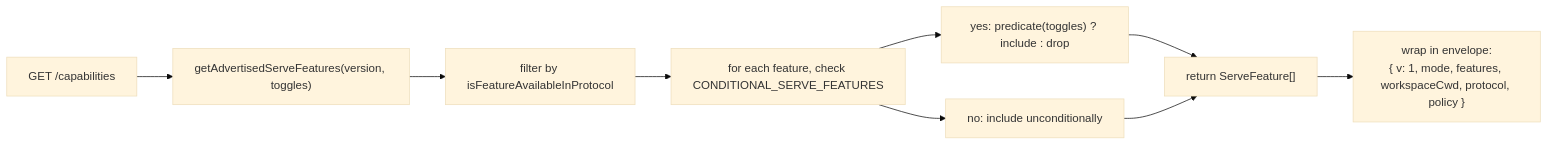
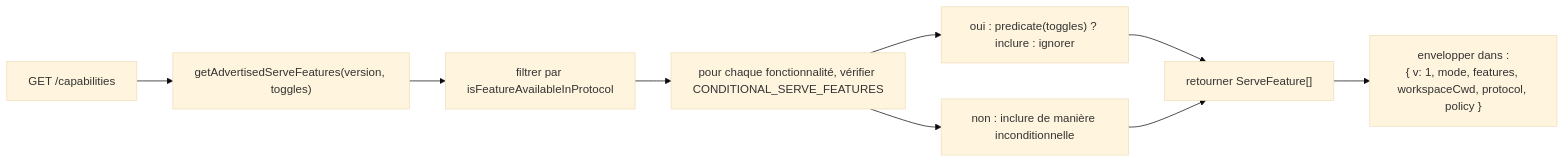
One commit to QwenLM/qwen-code-docs changed the first of 2 diagrams in website/content/fr/developers/daemon/11-capabilities-versioning.md. Above: the diagram before and after it, drawn with Mermaid (base theme). The commit also changed other lines of this file and 162 other files, not shown here.

````diff
--- a/website/content/fr/developers/daemon/11-capabilities-versioning.md
+++ b/website/content/fr/developers/daemon/11-capabilities-versioning.md
@@ -118,11 +128,11 @@
 ```mermaid
 flowchart LR
     A["GET /capabilities"] --> B["getAdvertisedServeFeatures(version, toggles)"]
-    B --> C["filter by isFeatureAvailableInProtocol"]
-    C --> D["for each feature, check CONDITIONAL_SERVE_FEATURES"]
-    D --> E["yes: predicate(toggles) ? include : drop"]
-    D --> F["no: include unconditionally"]
-    E --> G["return ServeFeature[]"]
+    B --> C["filtrer par isFeatureAvailableInProtocol"]
+    C --> D["pour chaque fonctionnalité, vérifier CONDITIONAL_SERVE_FEATURES"]
+    D --> E["oui : predicate(toggles) ? inclure : ignorer"]
+    D --> F["non : inclure de manière inconditionnelle"]
+    E --> G["retourner ServeFeature[]"]
     F --> G
-    G --> H["wrap in envelope:<br/>{ v: 1, mode, features, workspaceCwd, protocol, policy }"]
+    G --> H["envelopper dans :<br/>{ v: 1, mode, features, workspaceCwd, protocol, policy }"]
 ```
````
